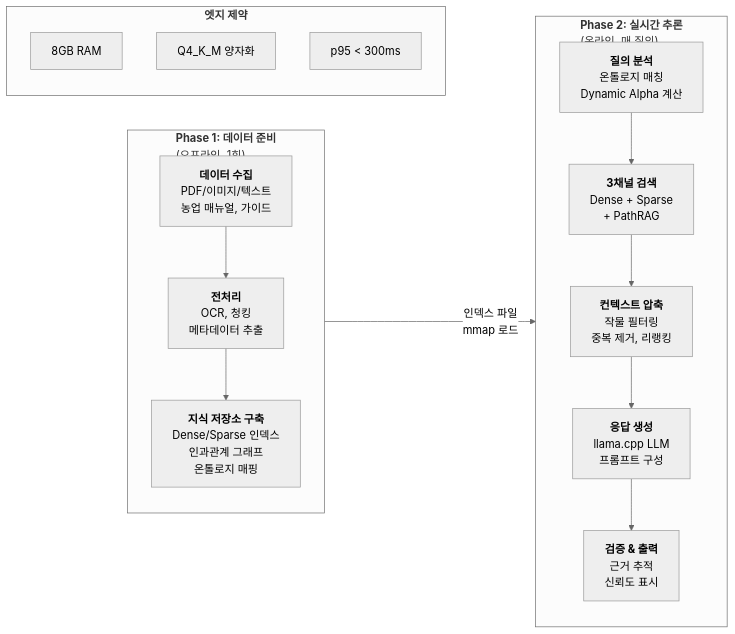
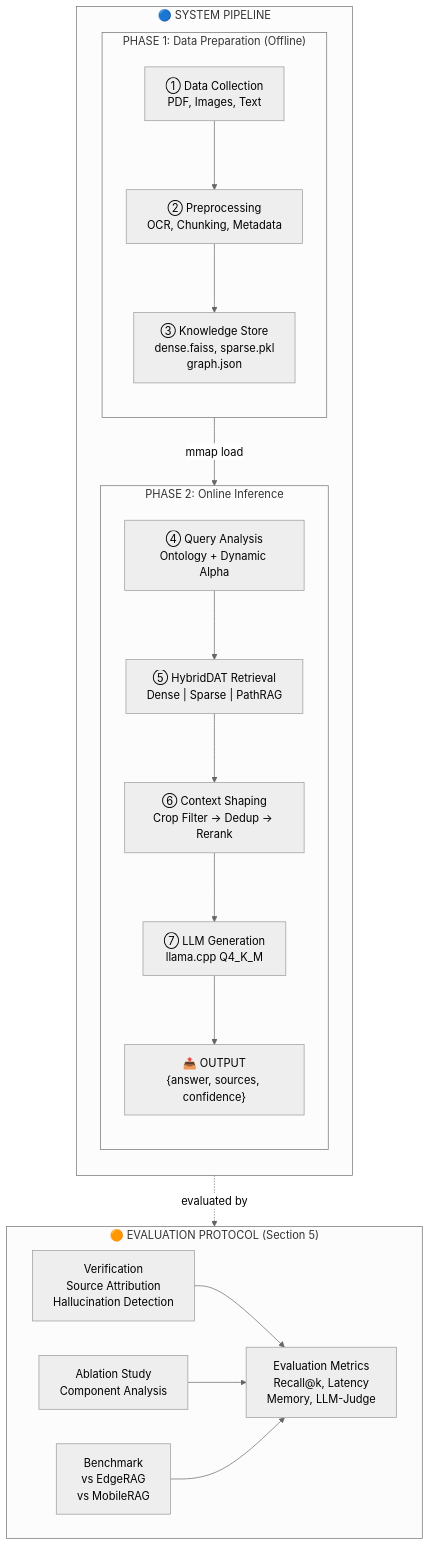
Before and after one commit to NAMUORI00/smartfarm-workspace: the first of 11 diagrams in docs/era-smartfarm-rag/paper/03_methodology.md, drawn with Mermaid (neutral theme). The commit also changed other lines of this file and 2 other files, not shown here.

Commit message:
docs(paper): apply Option B (3-Lane Timeline) + 7 implementation-aligned corrections to Figure 1
Figure 1 redesigned as Research Lifecycle Timeline:
- BUILD (Offline): Data Collection, Preprocessing, Knowledge Store
- DEPLOY/RUN (Edge): Query Analysis, HybridDAT, Context Shaping, LLM Gen
- EVALUATE (Experimental Protocol): Verification, Ablation, Benchmark

7 corrections for implementation accuracy:
1. Chunking: sentence-window (CHUNK_SIZE/STRIDE), not token-based
2. Knowledge Store: Causal Graph in-memory, not graph.json file
3. Dynamic Alpha: rule-based heuristics (+0.2/+0.1), not fixed triples
4. Sparse retrieval: TF-IDF (sklearn), not BM25
5. Verification: Groundedness Checks + Prompt Constraints
6. Benchmark: internal baselines only (Dense/Sparse/Naive Hybrid)
7. Edge constraints: marked as validated (8GB RAM, Q4_K_M, p95<300ms)

Refs: Oracle validation against core/, benchmarking/ implementation

````diff
--- a/docs/era-smartfarm-rag/paper/03_methodology.md
+++ b/docs/era-smartfarm-rag/paper/03_methodology.md
@@ -9,28 +12,40 @@
 ```mermaid
-flowchart LR
-    subgraph Phase1["<b>Phase 1: 데이터 준비</b><br/>(오프라인, 1회)"]
+flowchart TB
+    subgraph SystemLane["🔵 SYSTEM PIPELINE"]
         direction TB
-        D1["<b>데이터 수집</b><br/>PDF/이미지/텍스트<br/>농업 매뉴얼, 가이드"]
-        D2["<b>전처리</b><br/>OCR, 청킹<br/>메타데이터 추출"]
-        D3["<b>지식 저장소 구축</b><br/>Dense/Sparse 인덱스<br/>인과관계 그래프<br/>온톨로지 매핑"]
-        D1 --> D2 --> D3
+        
+        subgraph Phase1["PHASE 1: Data Preparation (Offline)"]
+            direction TB
+            DC["① Data Collection<br/>PDF, Images, Text"]
+            PP["② Preprocessing<br/>OCR, Chunking, Metadata"]
+            KS["③ Knowledge Store<br/>dense.faiss, sparse.pkl<br/>graph.json"]
+            DC --> PP --> KS
+        end
+        
+        subgraph Phase2["PHASE 2: Online Inference"]
+            direction TB
+            QA["④ Query Analysis<br/>Ontology + Dynamic Alpha"]
+            HR["⑤ HybridDAT Retrieval<br/>Dense | Sparse | PathRAG"]
+            CS["⑥ Context Shaping<br/>Crop Filter → Dedup → Rerank"]
+            LLM["⑦ LLM Generation<br/>llama.cpp Q4_K_M"]
+            OUT["📤 OUTPUT<br/>{answer, sources, confidence}"]
+            QA --> HR --> CS --> LLM --> OUT
+        end
+        
+        KS -->|"mmap load"| QA
     end
     
-    subgraph Phase2["<b>Phase 2: 실시간 추론</b><br/>(온라인, 매 질의)"]
-        direction TB
-        Q1["<b>질의 분석</b><br/>온톨로지 매칭<br/>Dynamic Alpha 계산"]
-        Q2["<b>3채널 검색</b><br/>Dense + Sparse<br/>+ PathRAG"]
-        Q3["<b>컨텍스트 압축</b><br/>작물 필터링<br/>중복 제거, 리랭킹"]
-        Q4["<b>응답 생성</b><br/>llama.cpp LLM<br/>프롬프트 구성"]
-        Q5["<b>검증 & 출력</b><br/>근거 추적<br/>신뢰도 표시"]
-        Q1 --> Q2 --> Q3 --> Q4 --> Q5
+    subgraph EvalLane["🟠 EVALUATION PROTOCOL (Section 5)"]
+        direction LR
+        VER["Verification<br/>Source Attribution<br/>Hallucination Detection"]
+        ABL["Ablation Study<br/>Component Analysis"]
+        BENCH["Benchmark<br/>vs EdgeRAG<br/>vs MobileRAG"]
+        METRICS["Evaluation Metrics<br/>Recall@k, Latency<br/>Memory, LLM-Judge"]
+        
+        VER --> METRICS
+        ABL --> METRICS
+        BENCH --> METRICS
     end
     
-    Phase1 -->|"인덱스 파일<br/>mmap 로드"| Phase2
-    
-    subgraph EdgeConstraint["<b>엣지 제약</b>"]
-        E1["8GB RAM"]
-        E2["Q4_K_M 양자화"]
-        E3["p95 < 300ms"]
-    end
+    OUT -.->|"evaluated by"| VER
 ```
````
